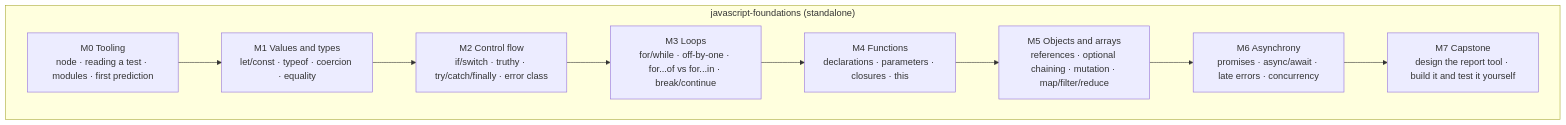
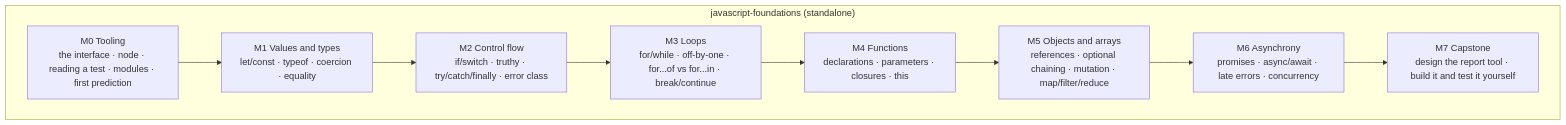
Before and after one commit to scimbe/CADS-DEMO-firmware-lab: the second of 2 diagrams in courses/README.md, drawn with Mermaid. The commit also changed other lines of this file and 76 other files, not shown here.

````diff
--- a/courses/README.md
+++ b/courses/README.md
@@ -70,14 +70,14 @@
 ```mermaid
 graph TD
   subgraph JS["javascript-foundations (standalone)"]
-    J0["M0 Tooling<br/>node · reading a test · modules · first prediction"]
+    J0["M0 Tooling<br/>the interface · node · reading a test · modules · first prediction"]
     J1["M1 Values and types<br/>let/const · typeof · coercion · equality"]
     J2["M2 Control flow<br/>if/switch · truthy · try/catch/finally · error class"]
     J3["M3 Loops<br/>for/while · off-by-one · for...of vs for...in · break/continue"]
     J4["M4 Functions<br/>declarations · parameters · closures · this"]
     J5["M5 Objects and arrays<br/>references · optional chaining · mutation · map/filter/reduce"]
     J6["M6 Asynchrony<br/>promises · async/await · late errors · concurrency"]
     J7["M7 Capstone<br/>design the report tool · build it and test it yourself"]
     J0 --> J1 --> J2 --> J3 --> J4 --> J5 --> J6 --> J7
   end
 ```
````
